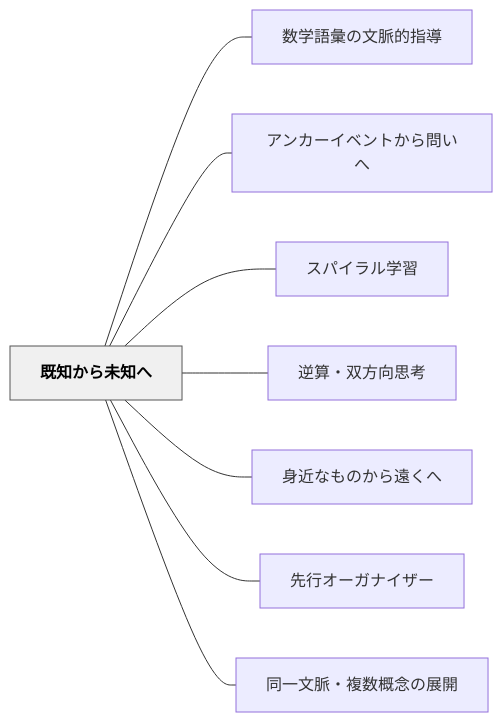
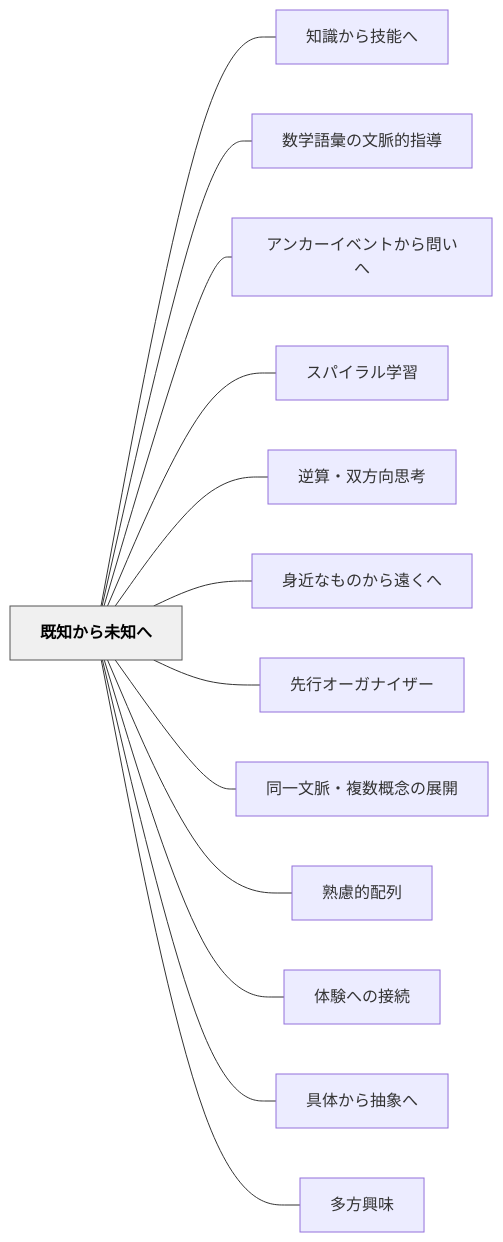
Before and after one commit to unknownthings-ed-patterns/unknownthings-ed-patterns: the diagram in content/パタン/既知から未知へ.md, drawn with Mermaid. The commit also changed other lines of this file and 100 other files, not shown here.

````diff
--- a/content/パタン/既知から未知へ.md
+++ b/content/パタン/既知から未知へ.md
@@ -47,22 +47,32 @@
 ```mermaid
 flowchart LR
     ne697a2e79fa5e3818be38289e69caae79fa5e381b8["既知から未知へ"]
+    ne79fa5e8ad98e3818be38289e68a80e883bde381b8["知識から技能へ"]
     ne695b0e5ada6e8aa9ee5bd99e381aee69687e88488e79a84e68c87e5b08e["数学語彙の文脈的指導"]
     ne382a2e383b3e382abe383bce382a4e38399e383b3e38388e3818be38289e5958fe38184e381b8["アンカーイベントから問いへ"]
     ne382b9e38391e382a4e383a9e383abe5ada6e7bf92["スパイラル学習"]
     ne98086e7ae97e383bbe58f8ce696b9e59091e6809de88083["逆算・双方向思考"]
     ne8baabe8bf91e381aae38282e381aee3818be38289e981a0e3818fe381b8["身近なものから遠くへ"]
     ne58588e8a18ce382aae383bce382ace3838ae382a4e382b6e383bc["先行オーガナイザー"]
     ne5908ce4b880e69687e88488e383bbe8a487e695b0e6a682e5bfb5e381aee5b195e9968b["同一文脈・複数概念の展開"]
+    ne7869fe685aee79a84e9858de58897["熟慮的配列"]
+    ne4bd93e9a893e381b8e381aee68ea5e7b69a["体験への接続"]
+    ne585b7e4bd93e3818be38289e68abde8b1a1e381b8["具体から抽象へ"]
+    ne5a49ae696b9e88888e591b3["多方興味"]
 
+    ne697a2e79fa5e3818be38289e69caae79fa5e381b8 --- ne79fa5e8ad98e3818be38289e68a80e883bde381b8
     ne697a2e79fa5e3818be38289e69caae79fa5e381b8 --- ne695b0e5ada6e8aa9ee5bd99e381aee69687e88488e79a84e68c87e5b08e
     ne697a2e79fa5e3818be38289e69caae79fa5e381b8 --- ne382a2e383b3e382abe383bce382a4e38399e383b3e38388e3818be38289e5958fe38184e381b8
     ne697a2e79fa5e3818be38289e69caae79fa5e381b8 --- ne382b9e38391e382a4e383a9e383abe5ada6e7bf92
     ne697a2e79fa5e3818be38289e69caae79fa5e381b8 --- ne98086e7ae97e383bbe58f8ce696b9e59091e6809de88083
     ne697a2e79fa5e3818be38289e69caae79fa5e381b8 --- ne8baabe8bf91e381aae38282e381aee3818be38289e981a0e3818fe381b8
     ne697a2e79fa5e3818be38289e69caae79fa5e381b8 --- ne58588e8a18ce382aae383bce382ace3838ae382a4e382b6e383bc
     ne697a2e79fa5e3818be38289e69caae79fa5e381b8 --- ne5908ce4b880e69687e88488e383bbe8a487e695b0e6a682e5bfb5e381aee5b195e9968b
+    ne697a2e79fa5e3818be38289e69caae79fa5e381b8 --- ne7869fe685aee79a84e9858de58897
+    ne697a2e79fa5e3818be38289e69caae79fa5e381b8 --- ne4bd93e9a893e381b8e381aee68ea5e7b69a
+    ne697a2e79fa5e3818be38289e69caae79fa5e381b8 --- ne585b7e4bd93e3818be38289e68abde8b1a1e381b8
+    ne697a2e79fa5e3818be38289e69caae79fa5e381b8 --- ne5a49ae696b9e88888e591b3
 
     classDef hub fill:#f0f0f0,stroke:#555,color:#000,font-weight:bold
     class ne697a2e79fa5e3818be38289e69caae79fa5e381b8 hub
 ```
````
